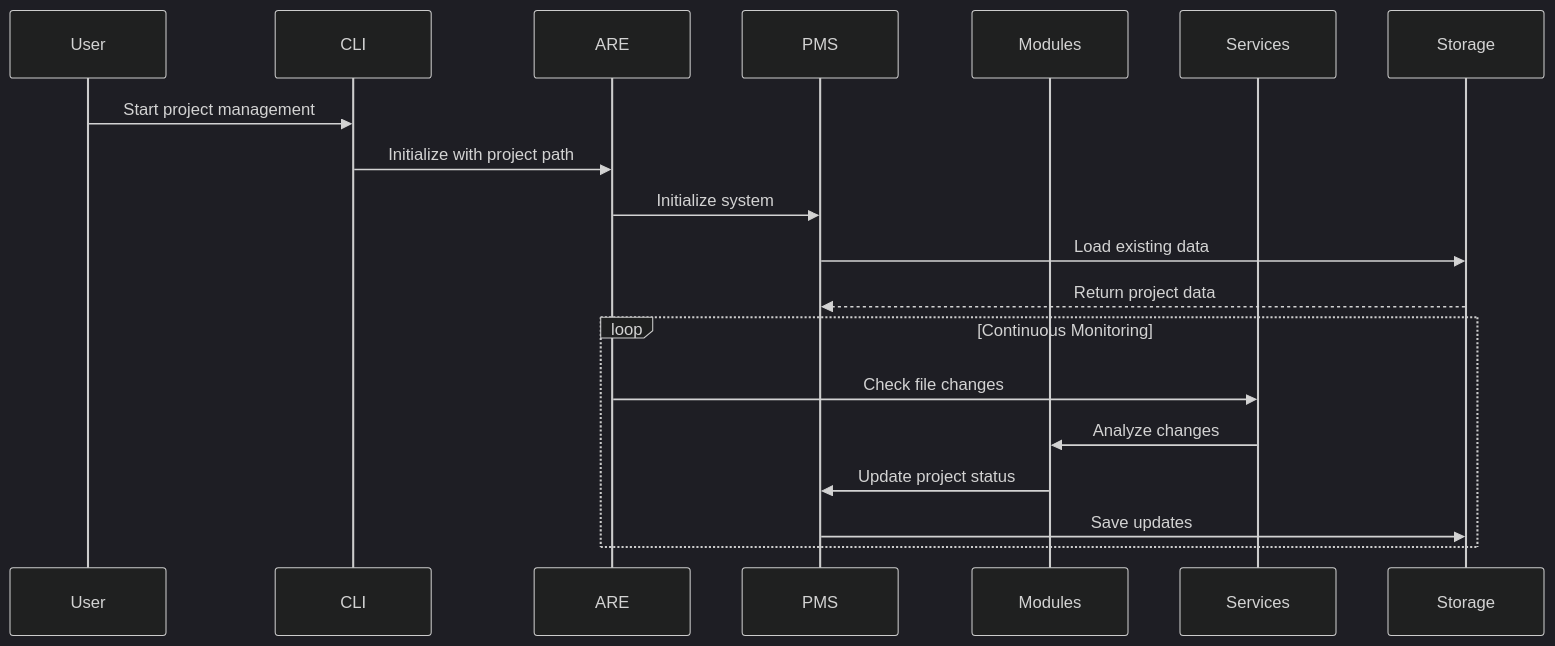
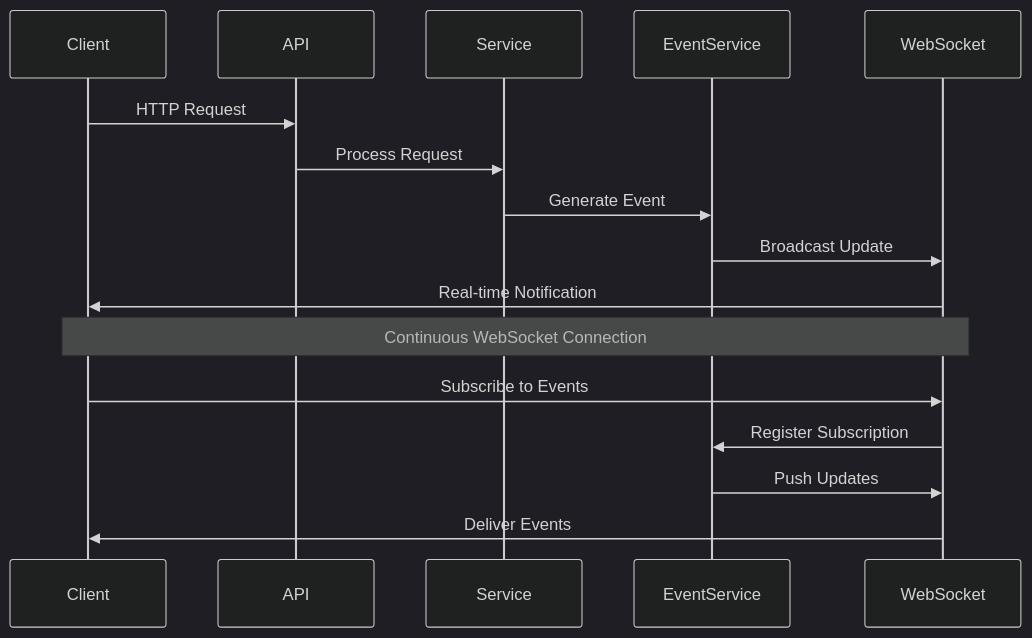
One commit to Shakour-Data/AutoProjectManagement changed the third of 3 diagrams in README.md. Above: the diagram before and after it, drawn with Mermaid (dark theme). The commit also changed other lines of this file and 13 other files, not shown here.

````diff
--- a/README.md
+++ b/README.md
@@ -99,23 +106,20 @@
 ```mermaid
 sequenceDiagram
-    participant User
-    participant CLI
-    participant ARE
-    participant PMS
-    participant Modules
-    participant Services
-    participant Storage
+    participant Client
+    participant API
+    participant Service
+    participant EventService
+    participant WebSocket
     
-    User->>CLI: Start project management
-    CLI->>ARE: Initialize with project path
-    ARE->>PMS: Initialize system
-    PMS->>Storage: Load existing data
-    Storage-->>PMS: Return project data
+    Client->>API: HTTP Request
+    API->>Service: Process Request
+    Service->>EventService: Generate Event
+    EventService->>WebSocket: Broadcast Update
+    WebSocket->>Client: Real-time Notification
     
-    loop Continuous Monitoring
-        ARE->>Services: Check file changes
-        Services->>Modules: Analyze changes
-        Modules->>PMS: Update project status
-        PMS->>Storage: Save updates
-    end
+    Note over Client,WebSocket: Continuous WebSocket Connection
+    Client->>WebSocket: Subscribe to Events
+    WebSocket->>EventService: Register Subscription
+    EventService->>WebSocket: Push Updates
+    WebSocket->>Client: Deliver Events
 ```
````
